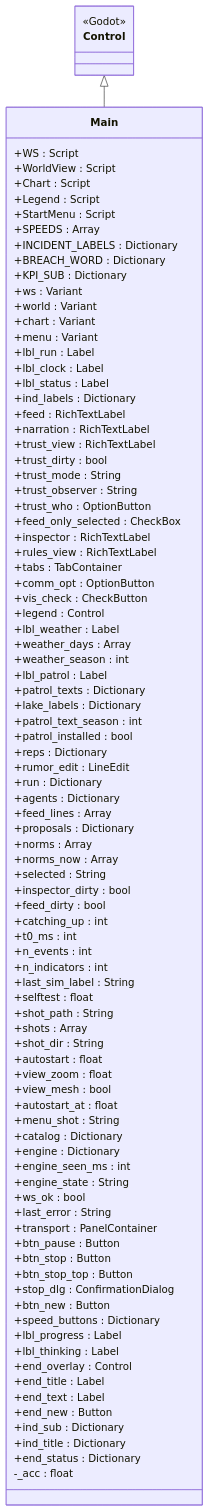
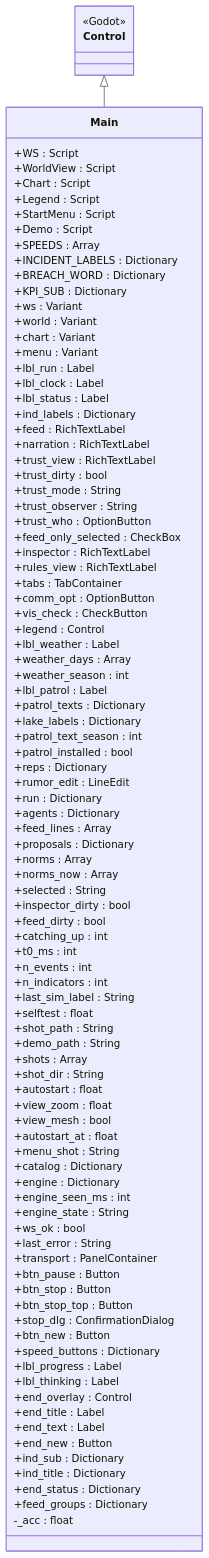
One commit to Romain-LM-Dev/Projet-Parcours---Filets-de-Vellmor changed the eighth of 37 diagrams in docs/uml/classes-godot.md. Above: the diagram before and after it, drawn with Mermaid. The commit also changed other lines of this file and 14 other files, not shown here.

```diff
--- a/docs/uml/classes-godot.md
+++ b/docs/uml/classes-godot.md
@@ -363,6 +373,7 @@
         +Chart : Script
         +Legend : Script
         +StartMenu : Script
+        +Demo : Script
         +SPEEDS : Array
         +INCIDENT_LABELS : Dictionary
         +BREACH_WORD : Dictionary
@@ -415,6 +426,7 @@
         +last_sim_label : String
         +selftest : float
         +shot_path : String
+        +demo_path : String
         +shots : Array
         +shot_dir : String
         +autostart : float
@@ -444,6 +456,7 @@
         +ind_sub : Dictionary
         +ind_title : Dictionary
         +end_status : Dictionary
+        +feed_groups : Dictionary
         -_acc : float
     }
     Control <|-- Main
```
